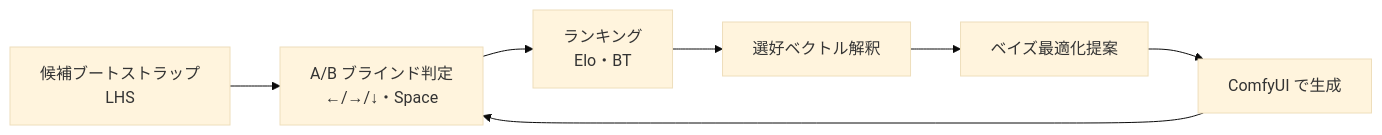
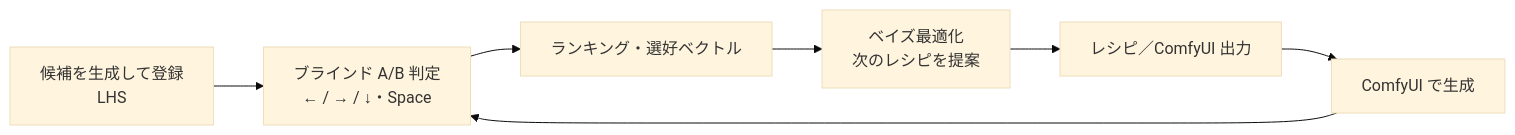
Before and after one commit to aruto1123-prog/creative-asset-foundry: the sixth of 6 diagrams in docs/MASTER_GUIDE.md, drawn with Mermaid (base theme). The commit also changed other lines of this file and 2 other files, not shown here.

````diff
--- a/docs/MASTER_GUIDE.md
+++ b/docs/MASTER_GUIDE.md
@@ -1094,9 +1103,9 @@
 ```mermaid
 flowchart LR
-    A[候補ブートストラップ<br/>LHS] --> B[A/B ブラインド判定<br/>←/→/↓・Space]
-    B --> C[ランキング<br/>Elo・BT]
-    C --> D[選好ベクトル解釈]
-    D --> E[ベイズ最適化提案]
+    A[候補を生成して登録<br/>LHS] --> B[ブラインド A/B 判定<br/>← / → / ↓・Space]
+    B --> C[ランキング・選好ベクトル]
+    C --> D[ベイズ最適化<br/>次のレシピを提案]
+    D --> E[レシピ／ComfyUI 出力]
     E --> F[ComfyUI で生成]
     F --> B
 ```
````
